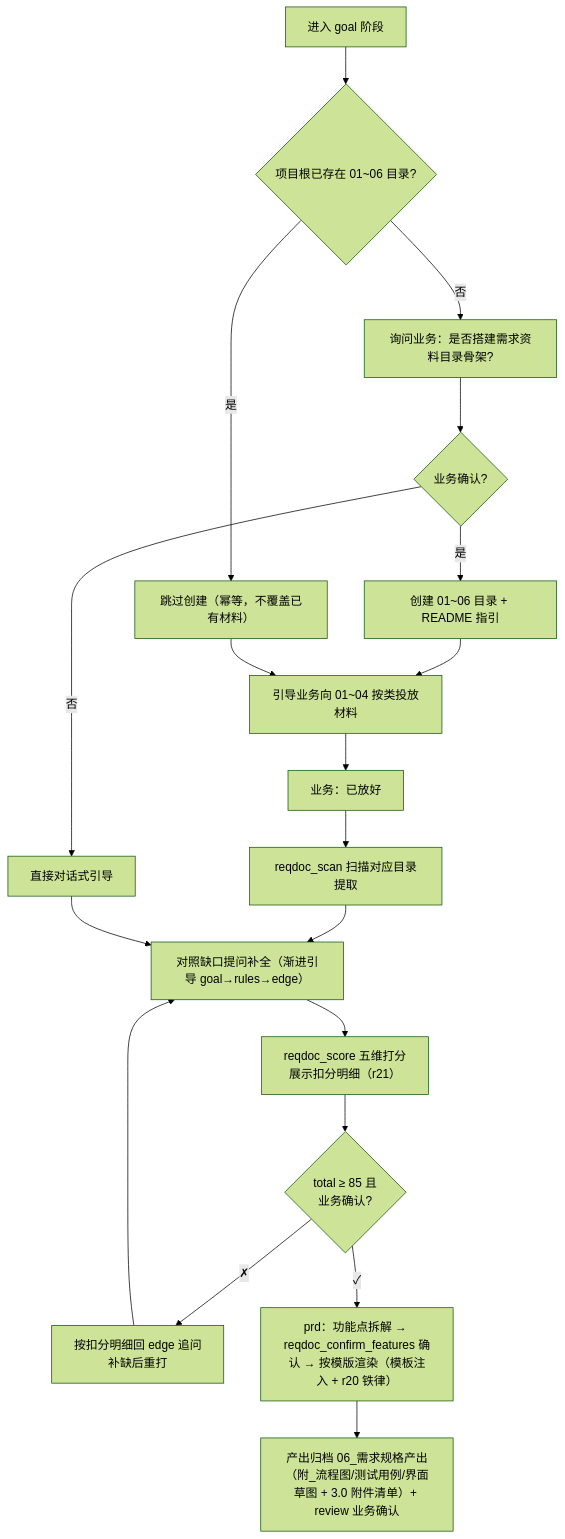
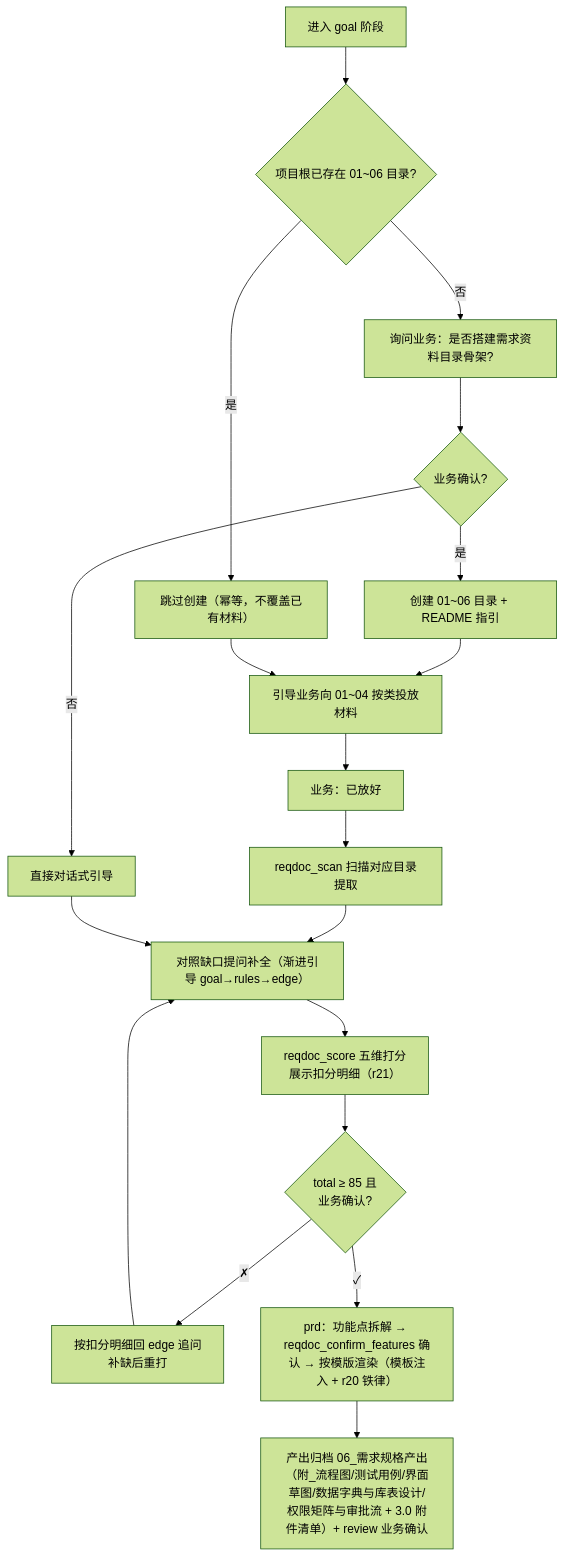
Before and after one commit to wonglaitung/opencode: diagram 16 of 16 in opencode-session-mgmt/docs/session-management.md, drawn with Mermaid (forest theme). The commit also changed other lines of this file and 2 other files, not shown here.

````diff
--- a/opencode-session-mgmt/docs/session-management.md
+++ b/opencode-session-mgmt/docs/session-management.md
@@ -1476,21 +1476,21 @@
 ```mermaid
 flowchart TD
     A["进入 goal 阶段"] --> B{"项目根已存在 01~06 目录?"}
     B -- "否" --> C["询问业务：是否搭建需求资料目录骨架?"]
     C --> D{"业务确认?"}
     D -- "是" --> E["创建 01~06 目录 + README 指引"]
     D -- "否" --> F["直接对话式引导"]
     B -- "是" --> G["跳过创建（幂等，不覆盖已有材料）"]
     E --> H["引导业务向 01~04 按类投放材料"]
     G --> H
     H --> I["业务：已放好"]
     I --> J["reqdoc_scan 扫描对应目录提取"]
     J --> K["对照缺口提问补全（渐进引导 goal→rules→edge）"]
     F --> K
     K --> S["reqdoc_score 五维打分<br/>展示扣分明细（r21）"]
     S --> SG{"total ≥ 85 且<br/>业务确认?"}
     SG -->|"✗"| K2["按扣分明细回 edge 追问<br/>补缺后重打"]
     K2 --> K
     SG -->|"✓"| L["prd：功能点拆解 → reqdoc_confirm_features 确认 → 按模版渲染（模板注入 + r20 铁律）"]
-    L --> M["产出归档 06_需求规格产出（附_流程图/测试用例/界面草图 + 3.0 附件清单）+ review 业务确认"]
+    L --> M["产出归档 06_需求规格产出（附_流程图/测试用例/界面草图/数据字典与库表设计/权限矩阵与审批流 + 3.0 附件清单）+ review 业务确认"]
 ```
````
